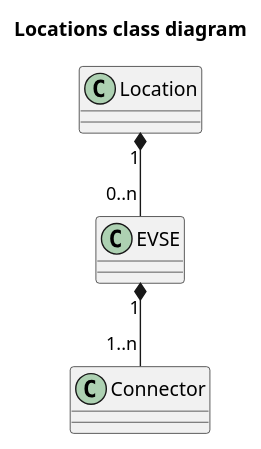
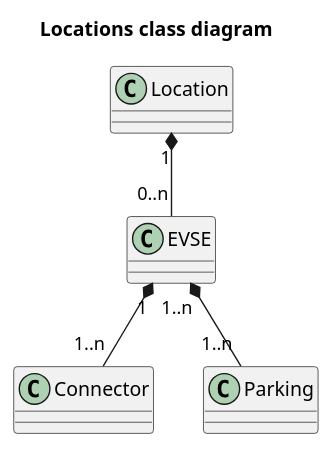
The diagram in plantuml/locations-class-diagram.plantuml (ocpi/ocpi), drawn with PlantUML before and after one commit. The commit also changed 1 other file, not shown here.

Commit message:
promote Parking from class to object
this way we can give it a place in the class diagram

```diff
--- a/plantuml/locations-class-diagram.plantuml
+++ b/plantuml/locations-class-diagram.plantuml
@@ -1,7 +1,8 @@
 @startuml
 title Locations class diagram
 
 Location "1" *-- "0..n" EVSE
 EVSE     "1" *-- "1..n" Connector
+EVSE     "1..n" *-- "1..n" Parking
 
 @enduml
```
